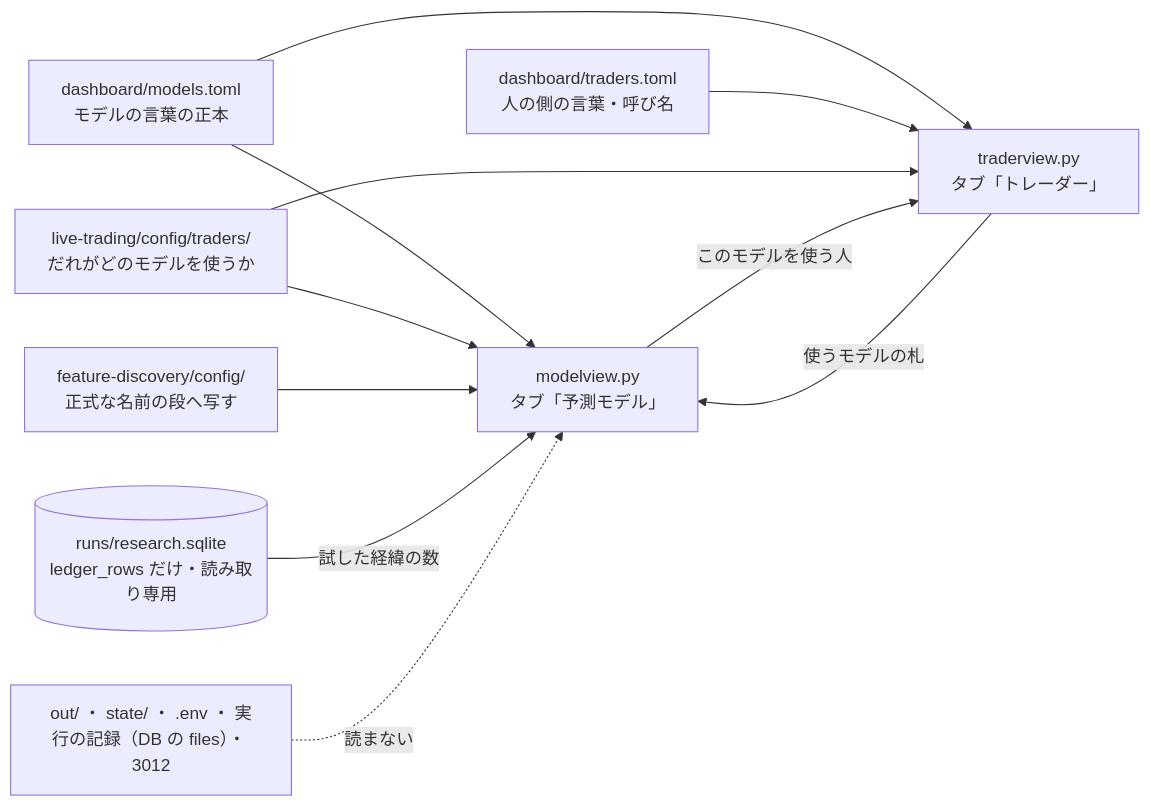
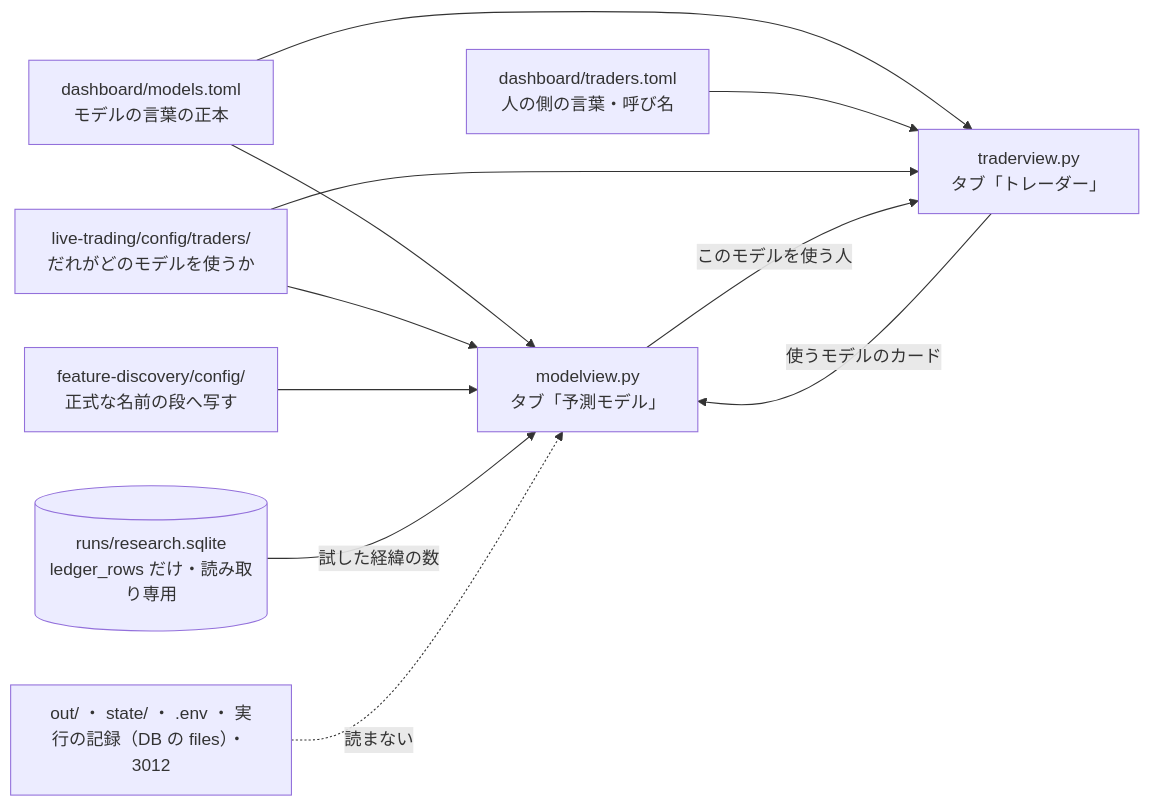
Before and after one commit to akiraak/ai-income-lab: diagram 21 of 28 in docs/specs/dashboard.md, drawn with Mermaid. The commit also changed other lines of this file and 45 other files, not shown here.

````diff
--- a/docs/specs/dashboard.md
+++ b/docs/specs/dashboard.md
@@ -1176,13 +1176,13 @@
 ```mermaid
 flowchart LR
   M["dashboard/models.toml<br/>モデルの言葉の正本"] --> MV["modelview.py<br/>タブ「予測モデル」"]
   M --> TV["traderview.py<br/>タブ「トレーダー」"]
   W["dashboard/traders.toml<br/>人の側の言葉・呼び名"] --> TV
   C["live-trading/config/traders/<br/>だれがどのモデルを使うか"] --> TV
   C --> MV
   E["feature-discovery/config/<br/>正式な名前の段へ写す"] --> MV
-  TV -- "使うモデルの札" --> MV
+  TV -- "使うモデルのカード" --> MV
   MV -- "このモデルを使う人" --> TV
   D[("runs/research.sqlite<br/>ledger_rows だけ・読み取り専用")] -- "試した経緯の数" --> MV
   X["out/ ・ state/ ・ .env ・ 実行の記録（DB の files）・ 3012"] -. "読まない" .-> MV
 ```
````
